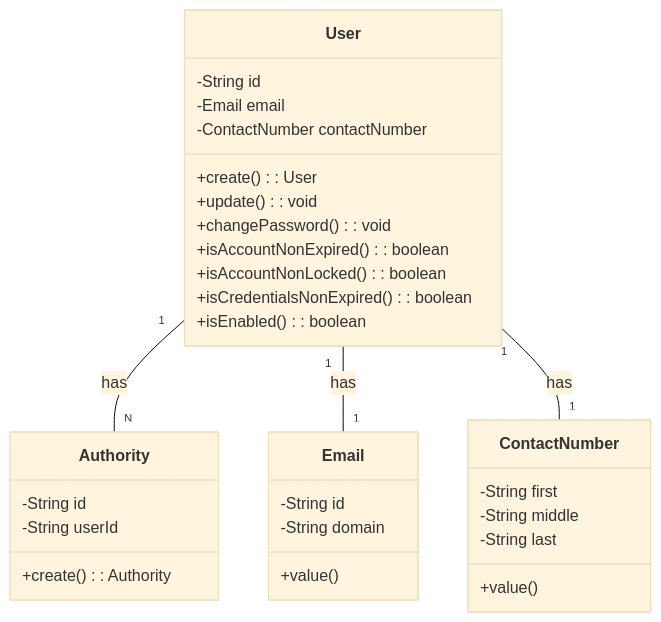
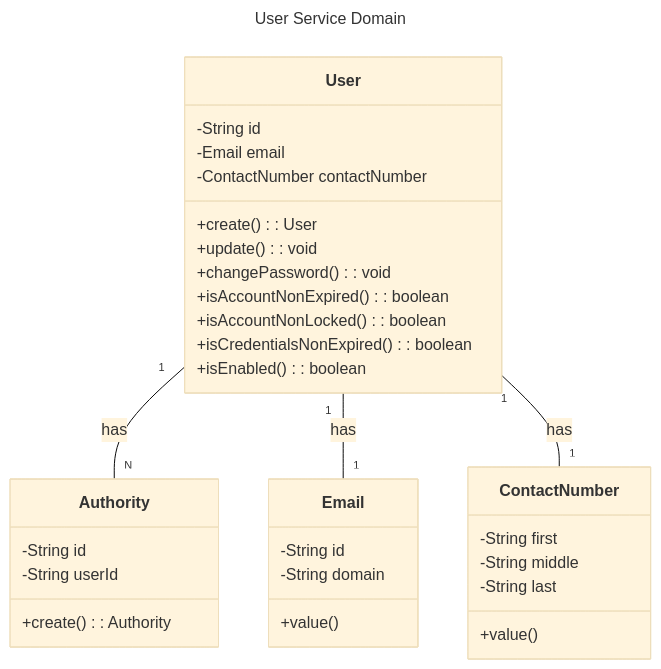
The first of 2 diagrams in user/README.md (KalGookSoo/springboot-msa), drawn with Mermaid (base theme) before and after one commit. The commit also changed other lines of this file, not shown here.

Commit message:
docs: README.md 수정 다이어그램 타이틀 추가

````diff
--- a/user/README.md
+++ b/user/README.md
@@ -26,34 +26,37 @@
 ```mermaid
+---
+title: User Service Domain
+---
 classDiagram
     class User {
         -String id
         -Email email
         -ContactNumber contactNumber
         +create(): User
         +update(): void
         +changePassword(): void
         +isAccountNonExpired(): boolean
         +isAccountNonLocked(): boolean
         +isCredentialsNonExpired(): boolean
         +isEnabled(): boolean
     }
     class Email {
         -String id
         -String domain
         +value()
     }
     class ContactNumber {
         -String first
         -String middle
         -String last
         +value()
     }
     class Authority {
         -String id
         -String userId
         +create(): Authority
     }
     User "1" -- "N" Authority: has
     User "1" -- "1" Email: has
     User "1" -- "1" ContactNumber: has
 ```
````
